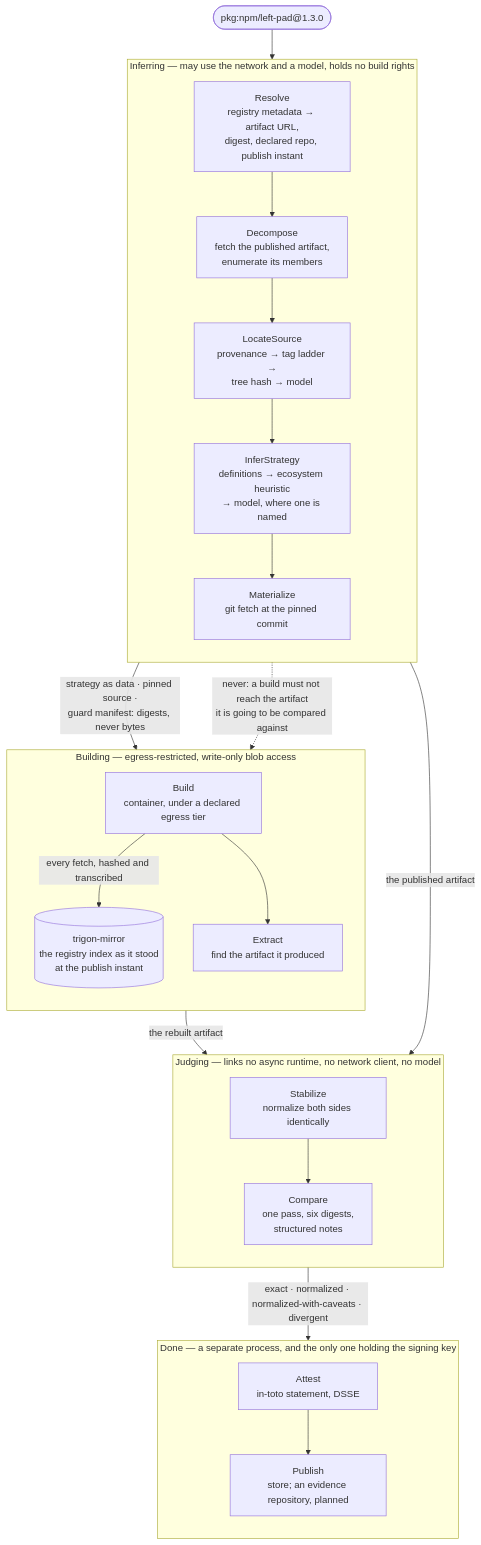
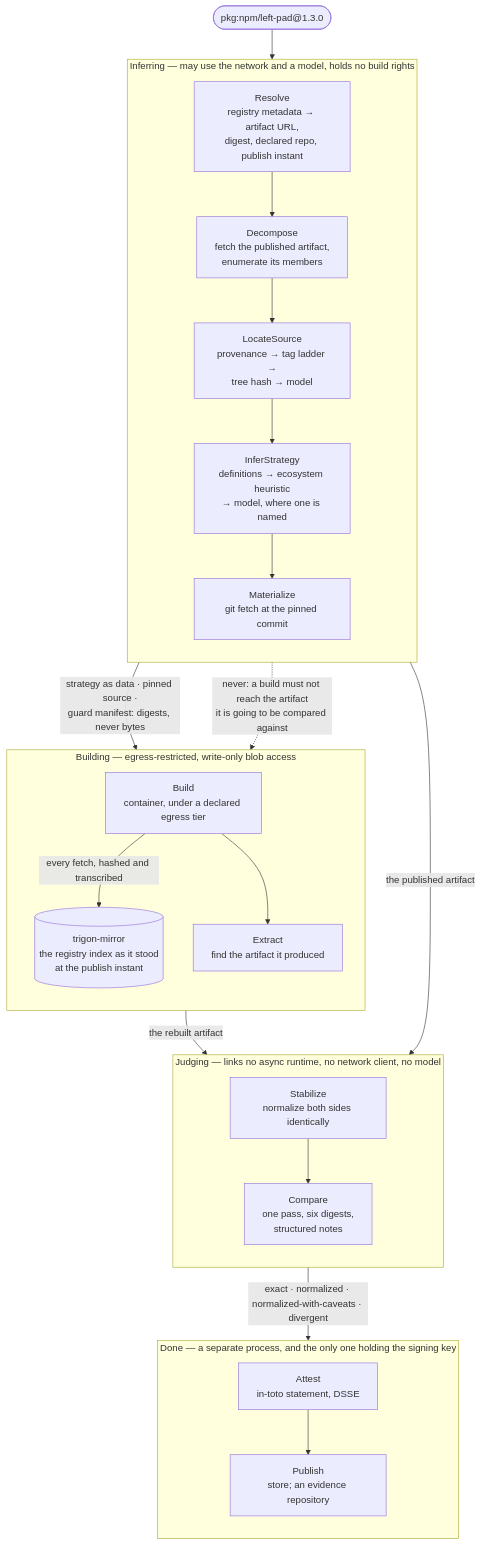
Before and after one commit to scovetta/trigon: the diagram in README.md, drawn with Mermaid. The commit also changed other lines of this file and 47 other files, not shown here.

````diff
--- a/README.md
+++ b/README.md
@@ -155,44 +155,44 @@
 ```mermaid
 flowchart TB
     target(["pkg:npm/left-pad@1.3.0"])
 
     subgraph inferring["Inferring — may use the network and a model, holds no build rights"]
         direction TB
         resolve["Resolve<br/>registry metadata → artifact URL,<br/>digest, declared repo, publish instant"]
         decompose["Decompose<br/>fetch the published artifact,<br/>enumerate its members"]
         locate["LocateSource<br/>provenance → tag ladder →<br/>tree hash → model"]
         strategy["InferStrategy<br/>definitions → ecosystem heuristic<br/>→ model, where one is named"]
         materialize["Materialize<br/>git fetch at the pinned commit"]
         resolve --> decompose --> locate --> strategy --> materialize
     end
 
     subgraph building["Building — egress-restricted, write-only blob access"]
         direction TB
         run["Build<br/>container, under a declared egress tier"]
         mirror[("trigon-mirror<br/>the registry index as it stood<br/>at the publish instant")]
         extract["Extract<br/>find the artifact it produced"]
         run -->|"every fetch, hashed and transcribed"| mirror
         run --> extract
     end
 
     subgraph judging["Judging — links no async runtime, no network client, no model"]
         direction TB
         stabilize["Stabilize<br/>normalize both sides identically"]
         compare["Compare<br/>one pass, six digests,<br/>structured notes"]
         stabilize --> compare
     end
 
     subgraph done["Done — a separate process, and the only one holding the signing key"]
         direction TB
         attest["Attest<br/>in-toto statement, DSSE"]
-        publish["Publish<br/>store; an evidence repository, planned"]
+        publish["Publish<br/>store; an evidence repository"]
         attest --> publish
     end
 
     target --> resolve
     materialize -->|"strategy as data · pinned source ·<br/>guard manifest: digests, never bytes"| run
     decompose -->|"the published artifact"| stabilize
     extract -->|"the rebuilt artifact"| stabilize
     compare -->|"exact · normalized · normalized-with-caveats · divergent"| attest
     decompose -. "never: a build must not reach the artifact<br/>it is going to be compared against" .-> run
 ```
````
